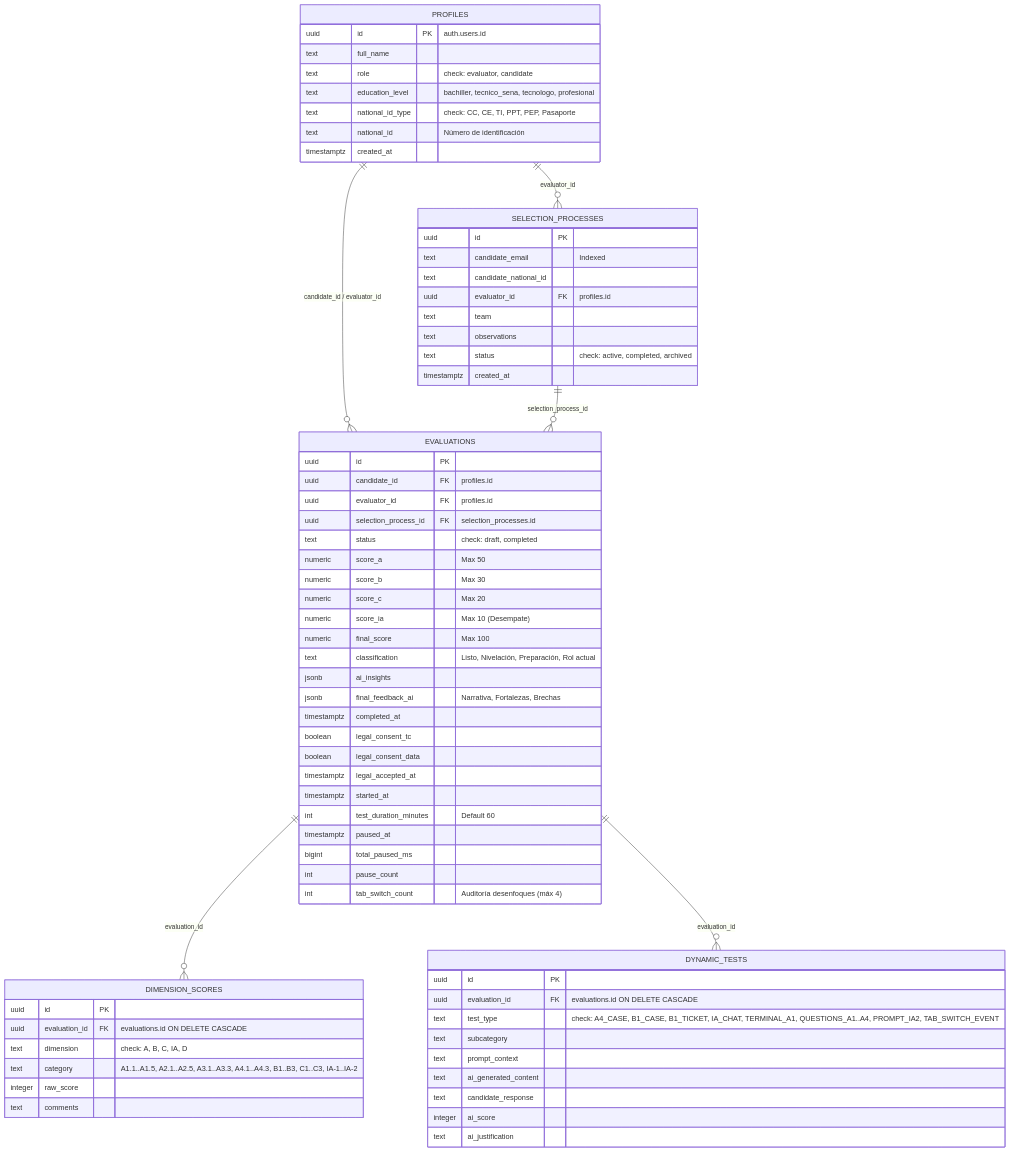
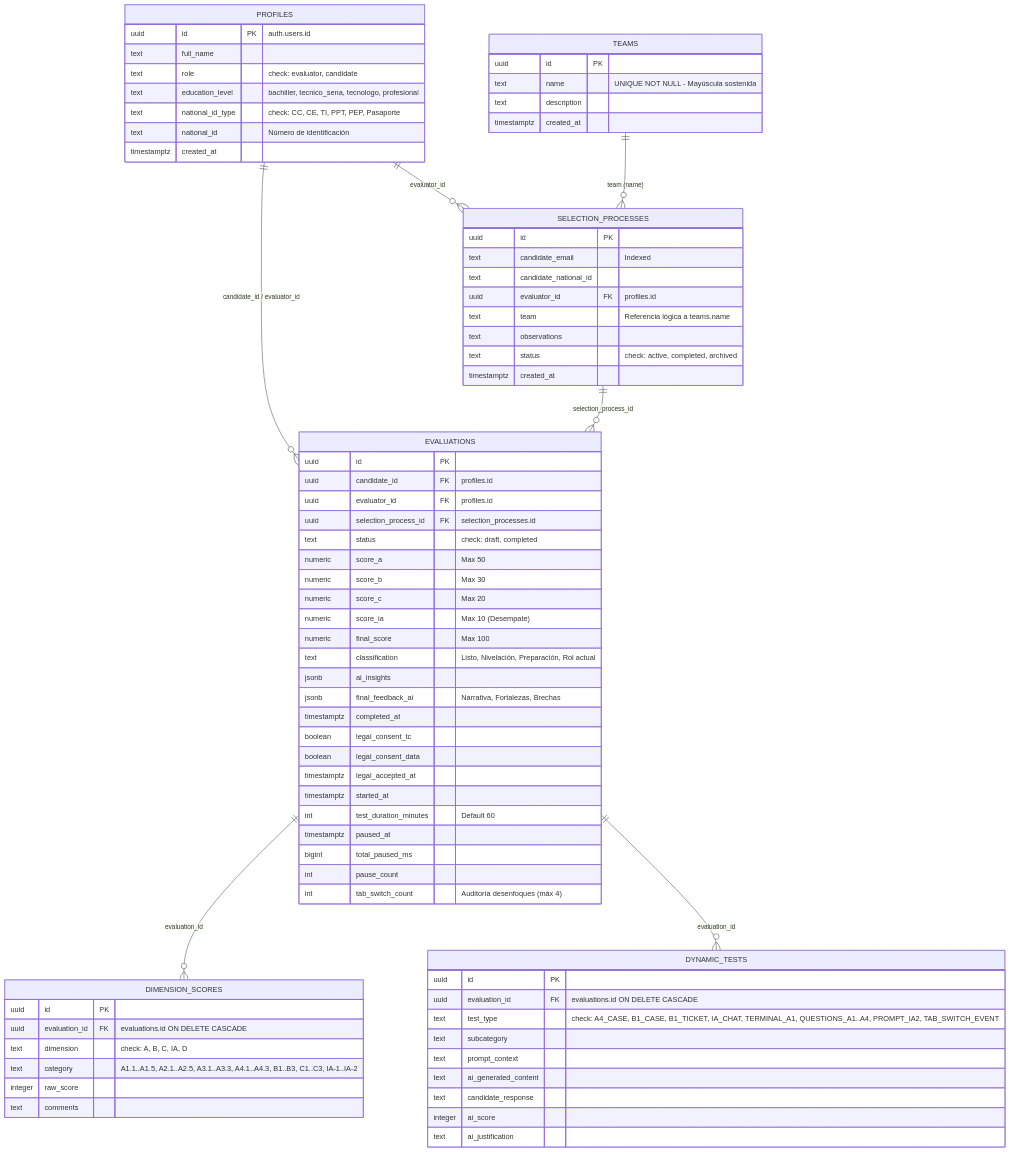
The diagram in docs/specs/AGENTS.md (enxo229/opera_eval_app), drawn with Mermaid before and after one commit. The commit also changed other lines of this file and 4 other files, not shown here.

Commit message:
docs: comprehensive documentation sync — teams table, new components, ER diagram, architectural decisions (2026-08-24)

```diff
--- a/docs/specs/AGENTS.md
+++ b/docs/specs/AGENTS.md
@@ -223,6 +237,7 @@
     SELECTION_PROCESSES ||--o{ EVALUATIONS : "selection_process_id"
     EVALUATIONS ||--o{ DIMENSION_SCORES : "evaluation_id"
     EVALUATIONS ||--o{ DYNAMIC_TESTS : "evaluation_id"
+    TEAMS ||--o{ SELECTION_PROCESSES : "team (name)"
 
     PROFILES {
         uuid id PK "auth.users.id"
@@ -239,9 +254,16 @@
         text candidate_email "Indexed"
         text candidate_national_id
         uuid evaluator_id FK "profiles.id"
-        text team
+        text team "Referencia lógica a teams.name"
         text observations
         text status "check: active, completed, archived"
+        timestamptz created_at
+    }
+
+    TEAMS {
+        uuid id PK
+        text name "UNIQUE NOT NULL - Mayúscula sostenida"
+        text description
         timestamptz created_at
     }
 
```
